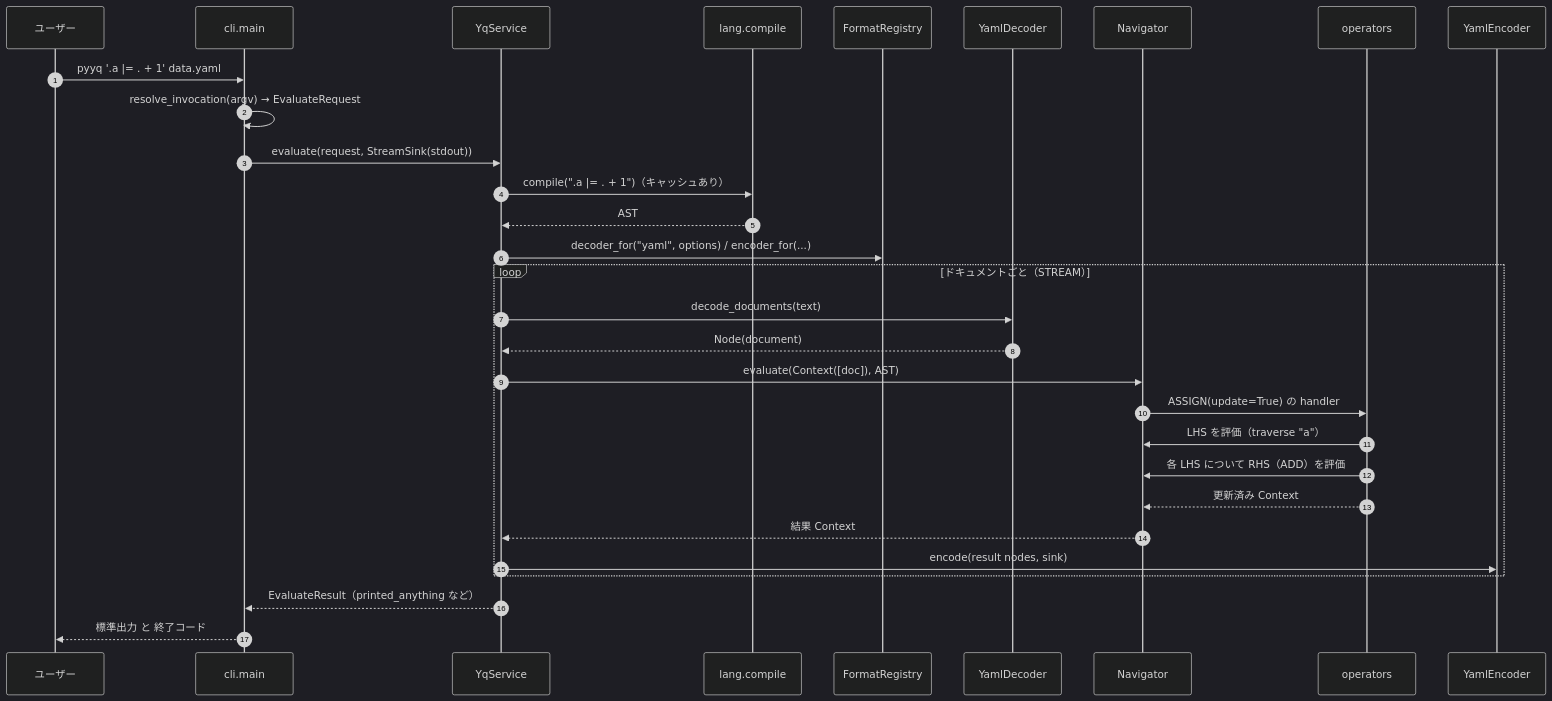
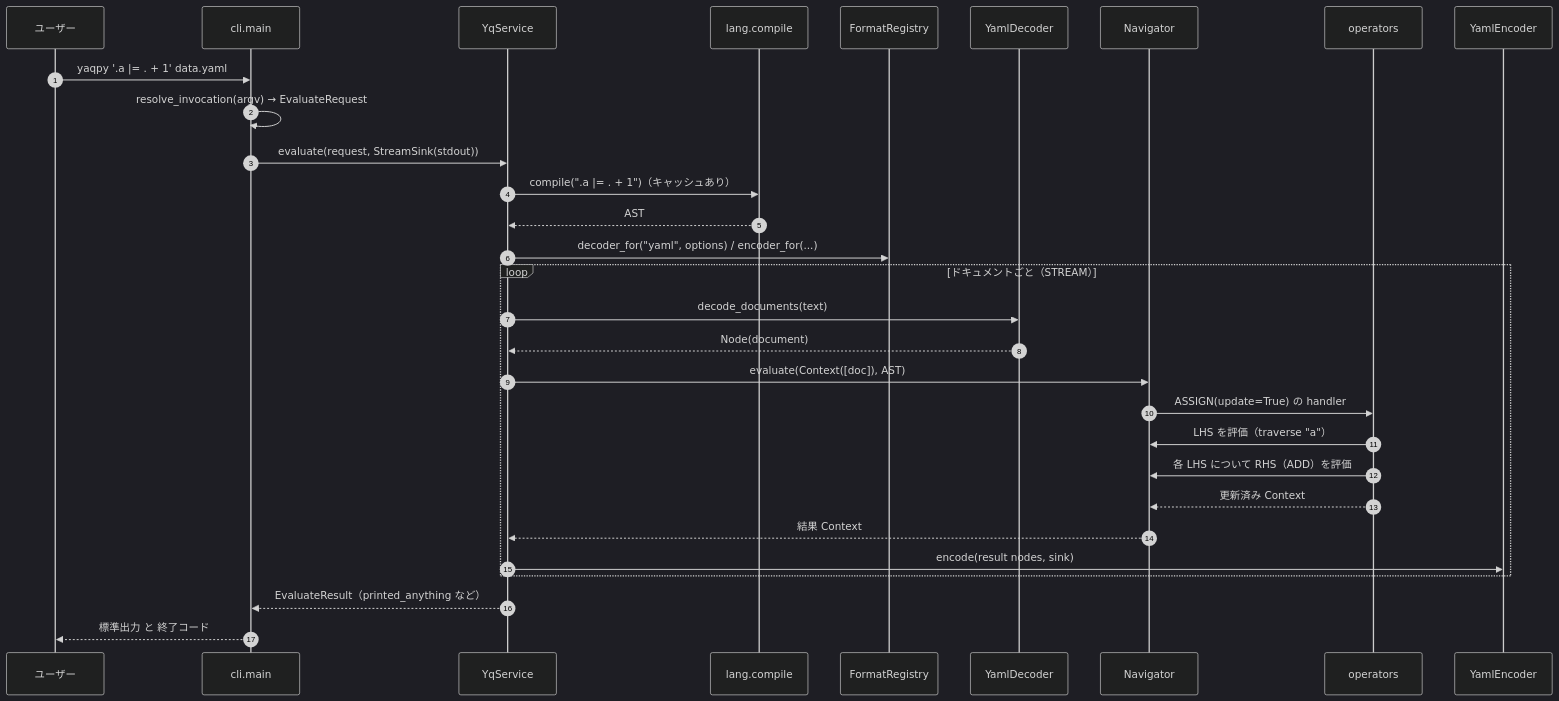
One commit to sgtao/yaqpy changed the second of 7 diagrams in docs/0917-02_31_design-python-yq.md. Above: the diagram before and after it, drawn with Mermaid (dark theme). The commit also changed other lines of this file and 128 other files, not shown here.

First line of the commit message:
Rename project from pyyq to yaqpy

````diff
--- a/docs/0917-02_31_design-python-yq.md
+++ b/docs/0917-02_31_design-python-yq.md
@@ -236,32 +236,32 @@
 ```mermaid
 sequenceDiagram
     autonumber
     participant U as ユーザー
     participant C as cli.main
     participant S as YqService
     participant P as lang.compile
     participant R as FormatRegistry
     participant D as YamlDecoder
     participant N as Navigator
     participant O as operators
     participant E as YamlEncoder
-    U->>C: pyyq '.a |= . + 1' data.yaml
+    U->>C: yaqpy '.a |= . + 1' data.yaml
     C->>C: resolve_invocation(argv) → EvaluateRequest
     C->>S: evaluate(request, StreamSink(stdout))
     S->>P: compile(".a |= . + 1")（キャッシュあり）
     P-->>S: AST
     S->>R: decoder_for("yaml", options) / encoder_for(...)
     loop ドキュメントごと（STREAM）
         S->>D: decode_documents(text)
         D-->>S: Node(document)
         S->>N: evaluate(Context([doc]), AST)
         N->>O: ASSIGN(update=True) の handler
         O->>N: LHS を評価（traverse "a"）
         O->>N: 各 LHS について RHS（ADD）を評価
         O-->>N: 更新済み Context
         N-->>S: 結果 Context
         S->>E: encode(result nodes, sink)
     end
     S-->>C: EvaluateResult（printed_anything など）
     C-->>U: 標準出力 と 終了コード
 ```
````
